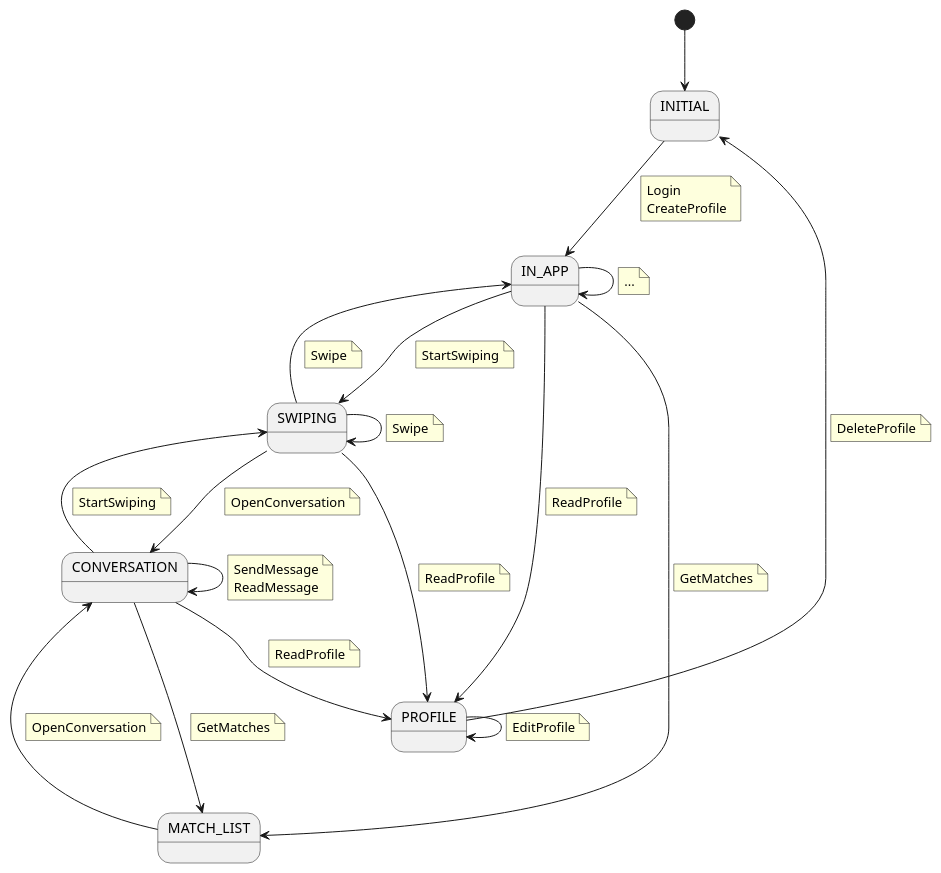
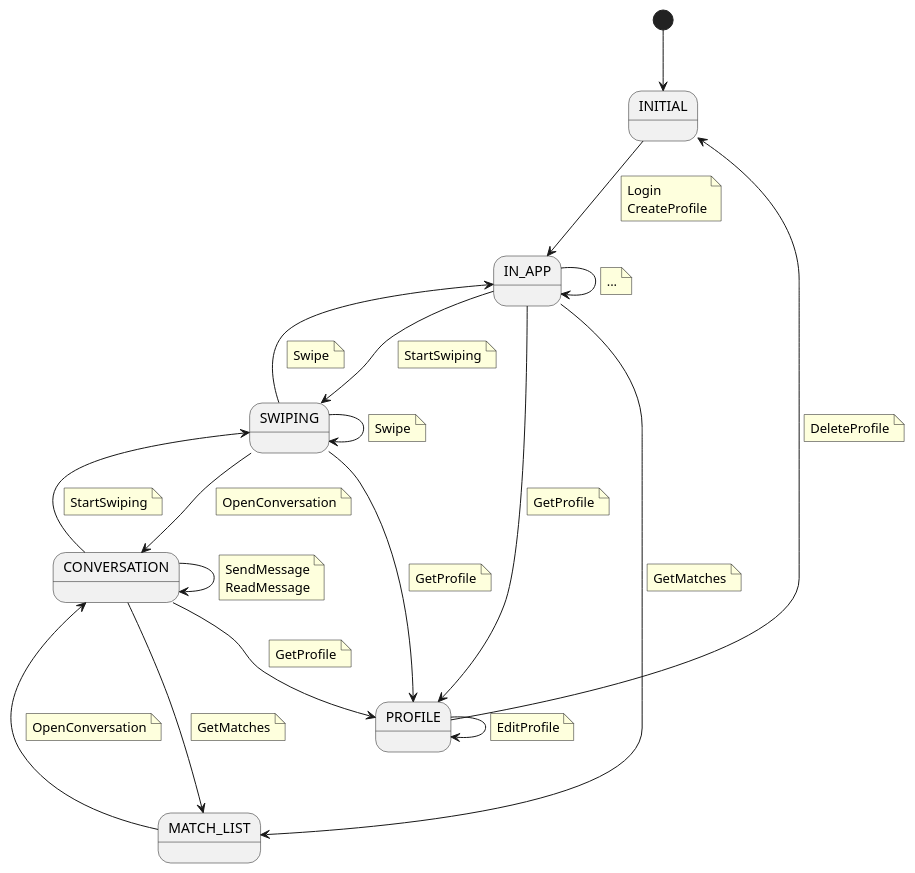
One commit to fraylopez/tinder changed the diagram in docs/src/use-cases/tinder-context.puml. Above: the diagram before and after it, drawn with PlantUML. The commit also changed 2 other files, not shown here.

Commit message:
Delete profile spec

```diff
--- a/docs/src/use-cases/tinder-context.puml
+++ b/docs/src/use-cases/tinder-context.puml
@@ -1,82 +1,82 @@
 @startuml
 
 state INITIAL
 state SWIPING
 state CONVERSATION
 state PROFILE
 state MATCH_LIST
 
 [*] --> INITIAL
 INITIAL --> IN_APP
 note on link
 Login
 CreateProfile
 end note
 IN_APP --> SWIPING
 note on link
 StartSwiping
 endnote
 SWIPING --> SWIPING
 note on link
 Swipe
 endnote
 IN_APP --> IN_APP
 note on link
 ...
 end note
 IN_APP --> MATCH_LIST
 note on link
 GetMatches
 endnote
 MATCH_LIST --> CONVERSATION
 note on link
 OpenConversation
 endnote
 CONVERSATION ---> MATCH_LIST
 note on link
 GetMatches
 endnote
 CONVERSATION --> CONVERSATION
 note on link
 SendMessage
 ReadMessage
 end note
 IN_APP --> PROFILE
 note on link
-ReadProfile
+GetProfile
 end note
 PROFILE --> PROFILE
 note on link
 EditProfile
 end note
 PROFILE --> INITIAL
 note on link
 DeleteProfile
 end note
 
 CONVERSATION --> PROFILE
 note on link
-ReadProfile
+GetProfile
 end note
 SWIPING --> PROFILE
 note on link
-ReadProfile
+GetProfile
 end note
 SWIPING --> CONVERSATION
 note on link
 OpenConversation
 end note
 CONVERSATION --> SWIPING
 note on link
 StartSwiping
 end note
 
 SWIPING --> IN_APP
 note on link
 Swipe
 end note
 
 
 
 
 @enduml
```
